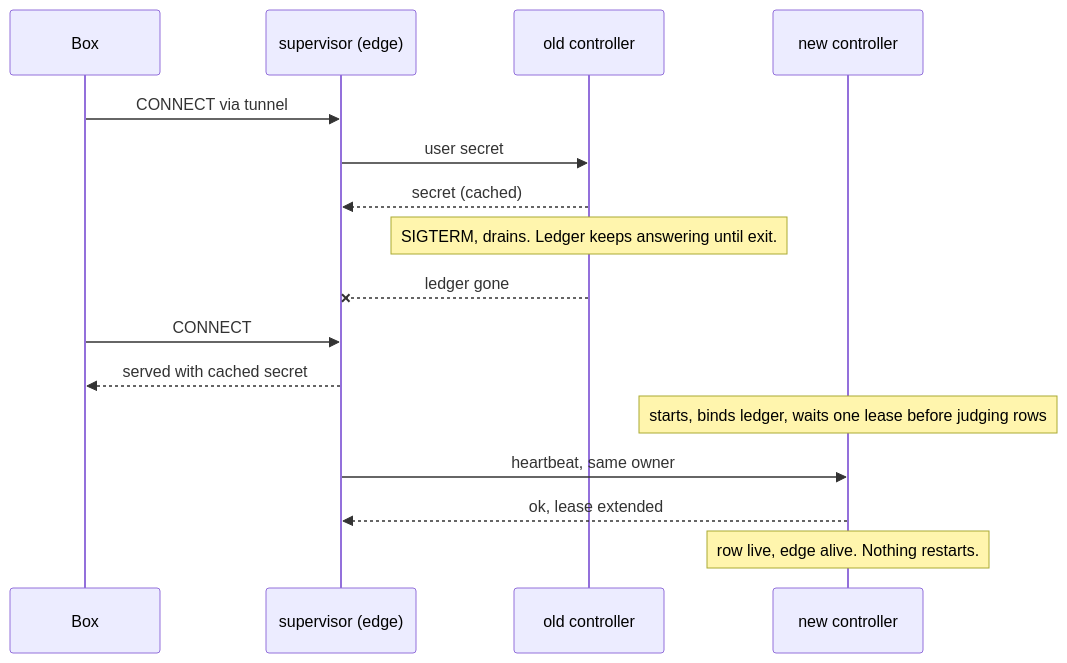
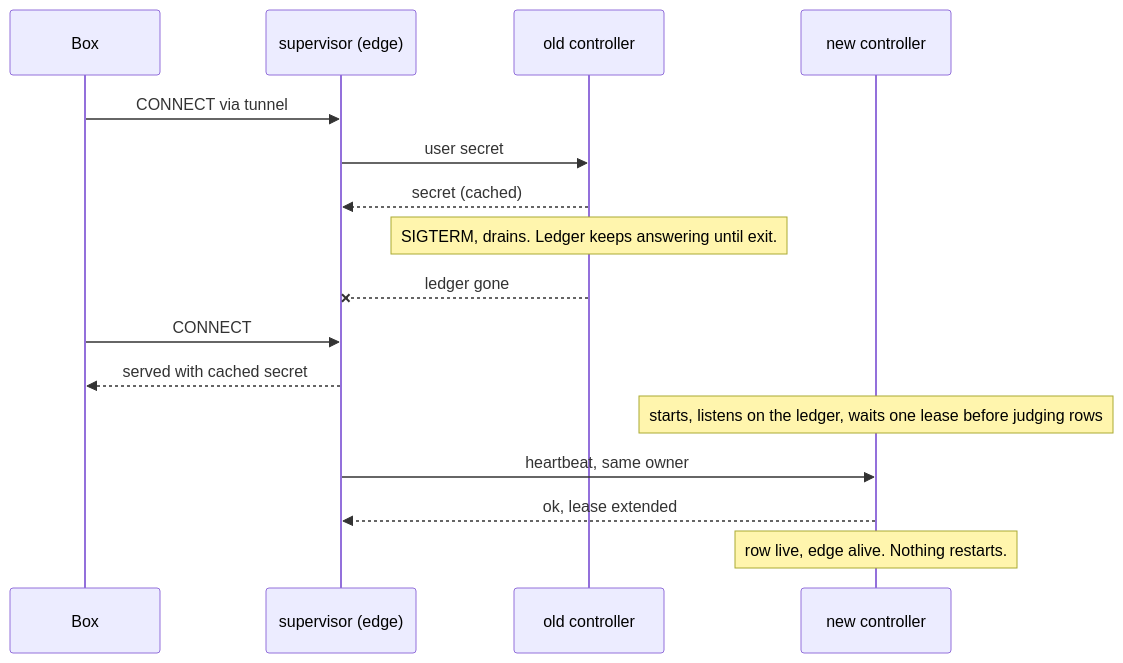
Before and after one commit to IniZio/moor: the fourth of 5 diagrams in docs/specs/deploy-invisible-boxes.md, drawn with Mermaid. The commit also changed other lines of this file, not shown here.

````diff
--- a/docs/specs/deploy-invisible-boxes.md
+++ b/docs/specs/deploy-invisible-boxes.md
@@ -167,18 +201,18 @@
 ```mermaid
 sequenceDiagram
   participant B as Box
   participant S as supervisor (edge)
   participant C1 as old controller
   participant C2 as new controller
   B->>S: CONNECT via tunnel
   S->>C1: user secret
   C1-->>S: secret (cached)
   Note over C1: SIGTERM, drains. Ledger keeps answering until exit.
   C1--xS: ledger gone
   B->>S: CONNECT
   S-->>B: served with cached secret
-  Note over C2: starts, binds ledger, waits one lease before judging rows
+  Note over C2: starts, listens on the ledger, waits one lease before judging rows
   S->>C2: heartbeat, same owner
   C2-->>S: ok, lease extended
   Note over C2: row live, edge alive. Nothing restarts.
 ```
````
